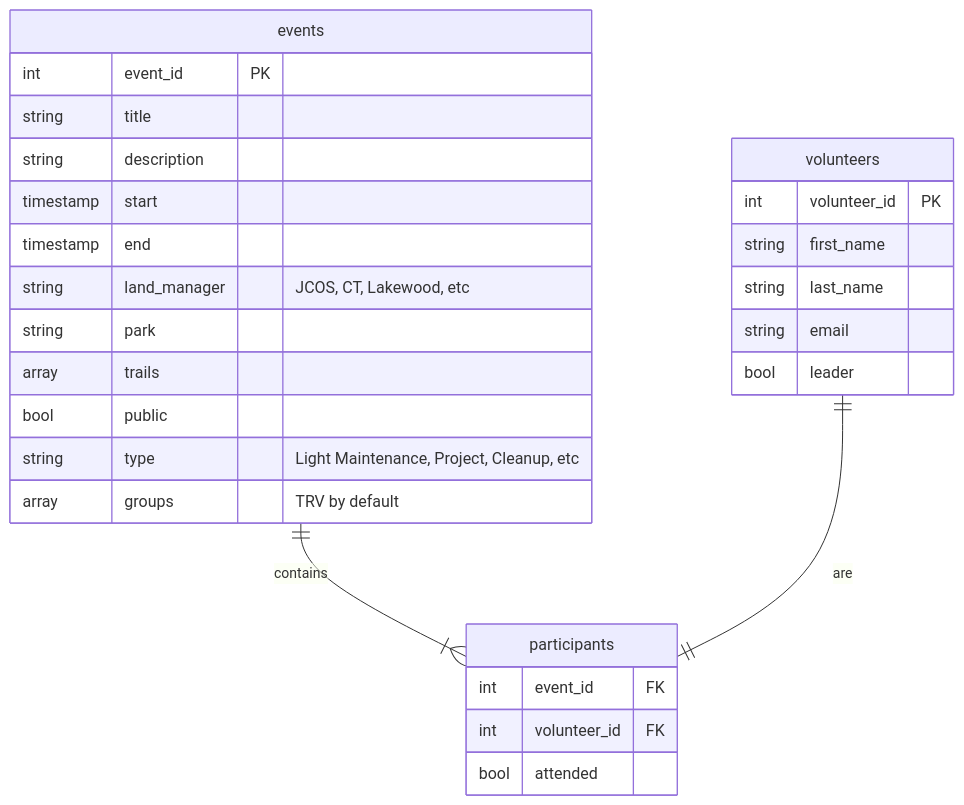
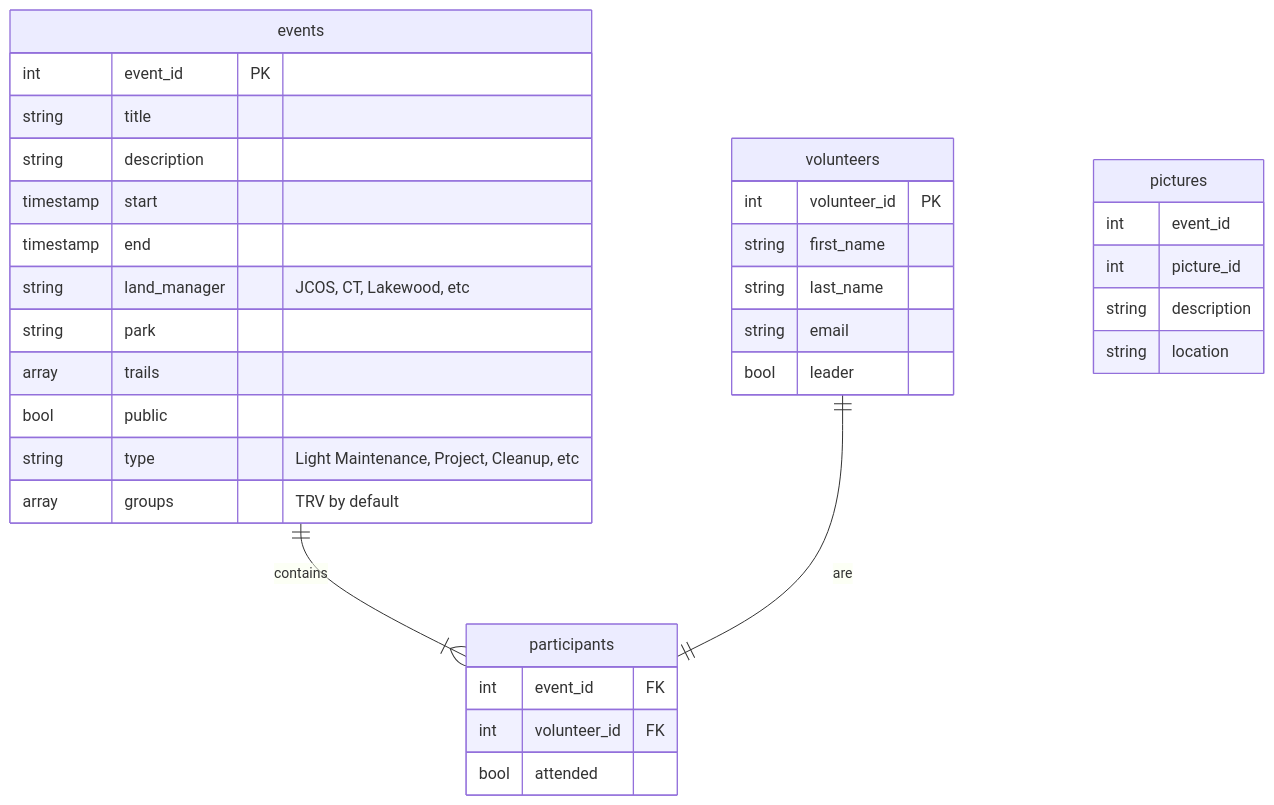
One commit to trailrunnervolunteers/trv-website changed the diagram in docs/database.md. Above: the diagram before and after it, drawn with Mermaid.

Commit message:
Add pictures

````diff
--- a/docs/database.md
+++ b/docs/database.md
@@ -7,31 +7,37 @@
 ```mermaid
 erDiagram
     events ||--|{ participants: contains
     volunteers ||--|| participants: are
 
     events {
         int event_id PK
         string title
         string description
         timestamp start
         timestamp end
         string land_manager "JCOS, CT, Lakewood, etc"
         string park
         array trails
         bool public
         string type "Light Maintenance, Project, Cleanup, etc"
         array groups "TRV by default"
     }
     participants {
         int event_id FK
         int volunteer_id FK
         bool attended
     }
     volunteers {
         int volunteer_id PK
         string first_name
         string last_name
         string email
         bool leader
     }
+    pictures {
+        int event_id
+        int picture_id
+        string description
+        string location
+    }
 ```
````
